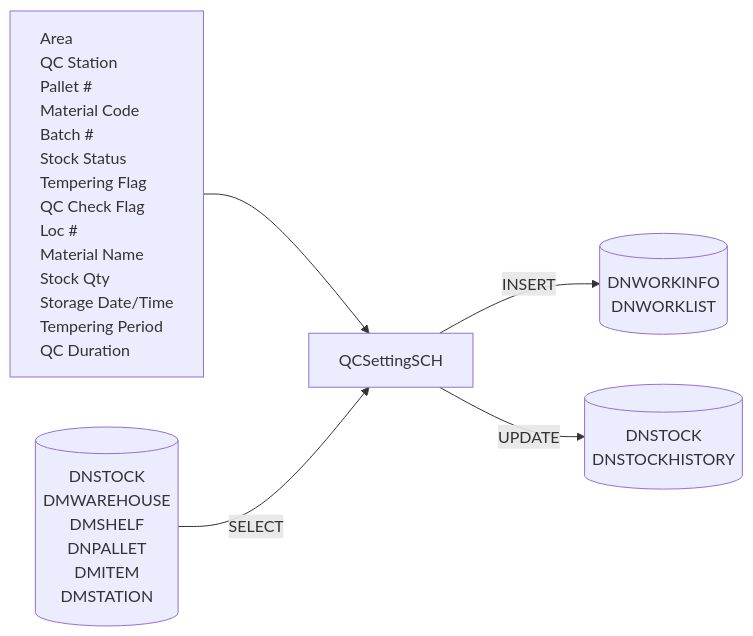
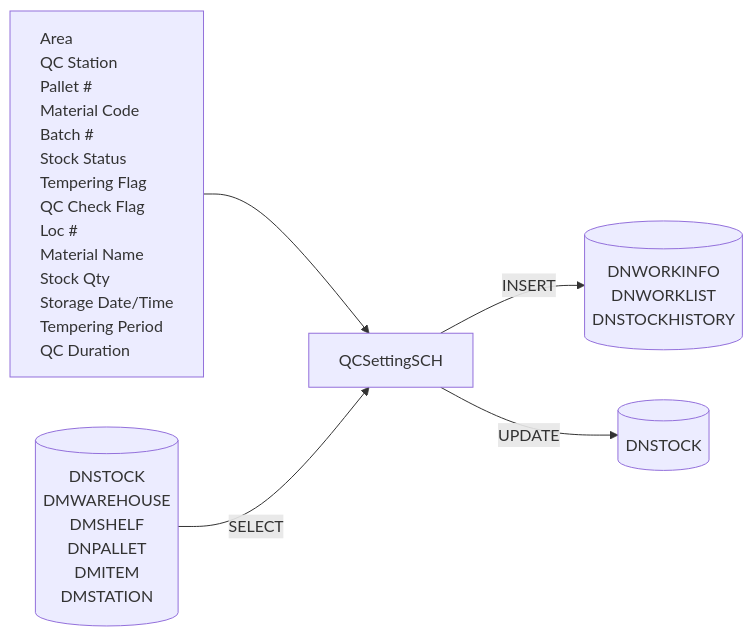
One commit to luthfiadityaa/SimeDarby-Wiki changed the fourth of 18 diagrams in Basic-Design/DFD-WMS/Retrieval/QC-Setting/Retrieval-for-QC-Start.md. Above: the diagram before and after it, drawn with Mermaid.

Commit message:
Updated Retrieval for QC Start

```diff
--- a/Basic-Design/DFD-WMS/Retrieval/QC-Setting/Retrieval-for-QC-Start.md
+++ b/Basic-Design/DFD-WMS/Retrieval/QC-Setting/Retrieval-for-QC-Start.md
@@ -120,47 +120,47 @@
 ::: mermaid
 flowchart LR
     input[
         Area
         QC Station
         Pallet #
         Material Code
         Batch #
         Stock Status
         Tempering Flag
         QC Check Flag
         Loc #
         Material Name
         Stock Qty
         Storage Date/Time
         Tempering Period
         QC Duration
     ]
 
     tableList-insert[("
         DNWORKINFO
-        DNWORKLIST
+        DNWORKLIST     
+        DNSTOCKHISTORY
     ")]
 
      tableList-update[("
-        DNSTOCK        
-        DNSTOCKHISTORY
+        DNSTOCK   
     ")]
 
      tableList-select[("
         DNSTOCK
         DMWAREHOUSE
         DMSHELF
         DNPALLET
         DMITEM
         DMSTATION
     ")]
 
     className[QCSettingSCH]
 
     input --> className --> |INSERT| tableList-insert
     tableList-select --> |SELECT| className
     className --> |UPDATE| tableList-update
 
     classDef leftAlign text-align:left;
     class input leftAlign;
 :::
```
